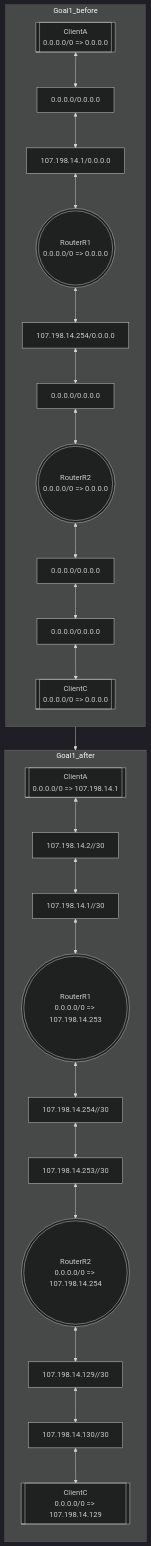
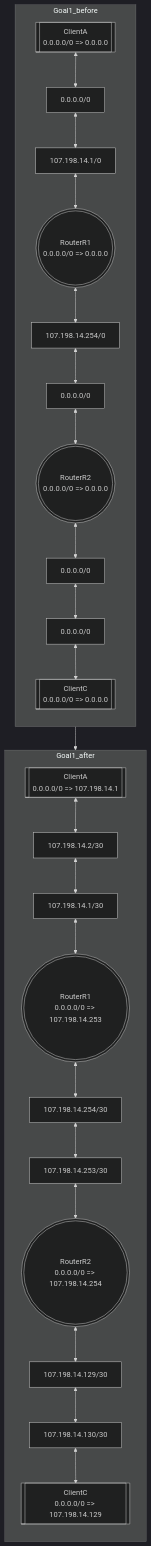
Before and after one commit to rikeda-cloud/net_practice: the second of 2 diagrams in level7.md, drawn with Mermaid. The commit also changed other lines of this file and 13 other files, not shown here.

````diff
--- a/level7.md
+++ b/level7.md
@@ -36,34 +37,34 @@
 ```mermaid
 %%{init:{'theme': 'dark'}}%%
 flowchart
 Goal1_before-->Goal1_after
 subgraph Goal1_before
     direction TB
     BE_CL_A[[ClientA<br>0.0.0.0/0 => 0.0.0.0]]
     BE_CL_C[[ClientC<br>0.0.0.0/0 => 0.0.0.0]]
     BE_RR1(((RouterR1<br>0.0.0.0/0 => 0.0.0.0)))
     BE_RR2(((RouterR2<br>0.0.0.0/0 => 0.0.0.0)))
-    BE_IF_A[0.0.0.0/0.0.0.0]
-    BE_IF_C[0.0.0.0/0.0.0.0]
-    BE_IF_R11[107.198.14.1/0.0.0.0]
-    BE_IF_R12[107.198.14.254/0.0.0.0]
-    BE_IF_R21[0.0.0.0/0.0.0.0]
-    BE_IF_R22[0.0.0.0/0.0.0.0]
+    BE_IF_A[0.0.0.0/0]
+    BE_IF_C[0.0.0.0/0]
+    BE_IF_R11[107.198.14.1/0]
+    BE_IF_R12[107.198.14.254/0]
+    BE_IF_R21[0.0.0.0/0]
+    BE_IF_R22[0.0.0.0/0]
     BE_CL_A<-->BE_IF_A<-->BE_IF_R11<-->BE_RR1<-->BE_IF_R12<-->BE_IF_R21<-->BE_RR2<-->BE_IF_R22<-->BE_IF_C<-->BE_CL_C
 end
 
 subgraph Goal1_after
     direction TB
     AF_CL_A[[ClientA<br>0.0.0.0/0 => 107.198.14.1]]
     AF_CL_C[[ClientC<br>0.0.0.0/0 => 107.198.14.129]]
     AF_RR1(((RouterR1<br>0.0.0.0/0 => 107.198.14.253)))
     AF_RR2(((RouterR2<br>0.0.0.0/0 => 107.198.14.254)))
-    AF_IF_A[107.198.14.2//30]
-    AF_IF_C[107.198.14.130//30]
-    AF_IF_R11[107.198.14.1//30]
-    AF_IF_R12[107.198.14.254//30]
-    AF_IF_R21[107.198.14.253//30]
-    AF_IF_R22[107.198.14.129//30]
+    AF_IF_A[107.198.14.2/30]
+    AF_IF_C[107.198.14.130/30]
+    AF_IF_R11[107.198.14.1/30]
+    AF_IF_R12[107.198.14.254/30]
+    AF_IF_R21[107.198.14.253/30]
+    AF_IF_R22[107.198.14.129/30]
     AF_CL_A<-->AF_IF_A<-->AF_IF_R11<-->AF_RR1<-->AF_IF_R12<-->AF_IF_R21<-->AF_RR2<-->AF_IF_R22<-->AF_IF_C<-->AF_CL_C
 end
 ```
````
